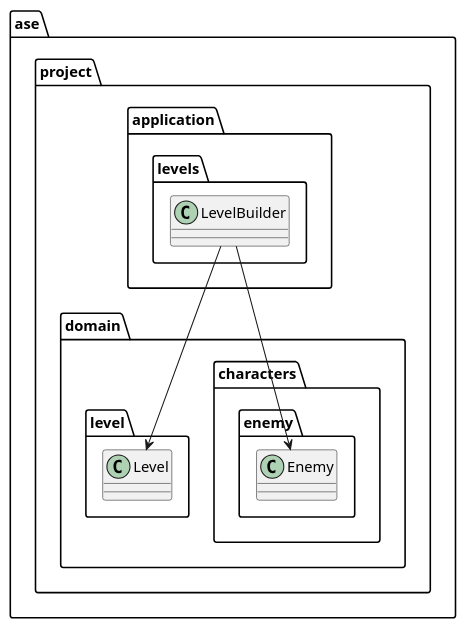
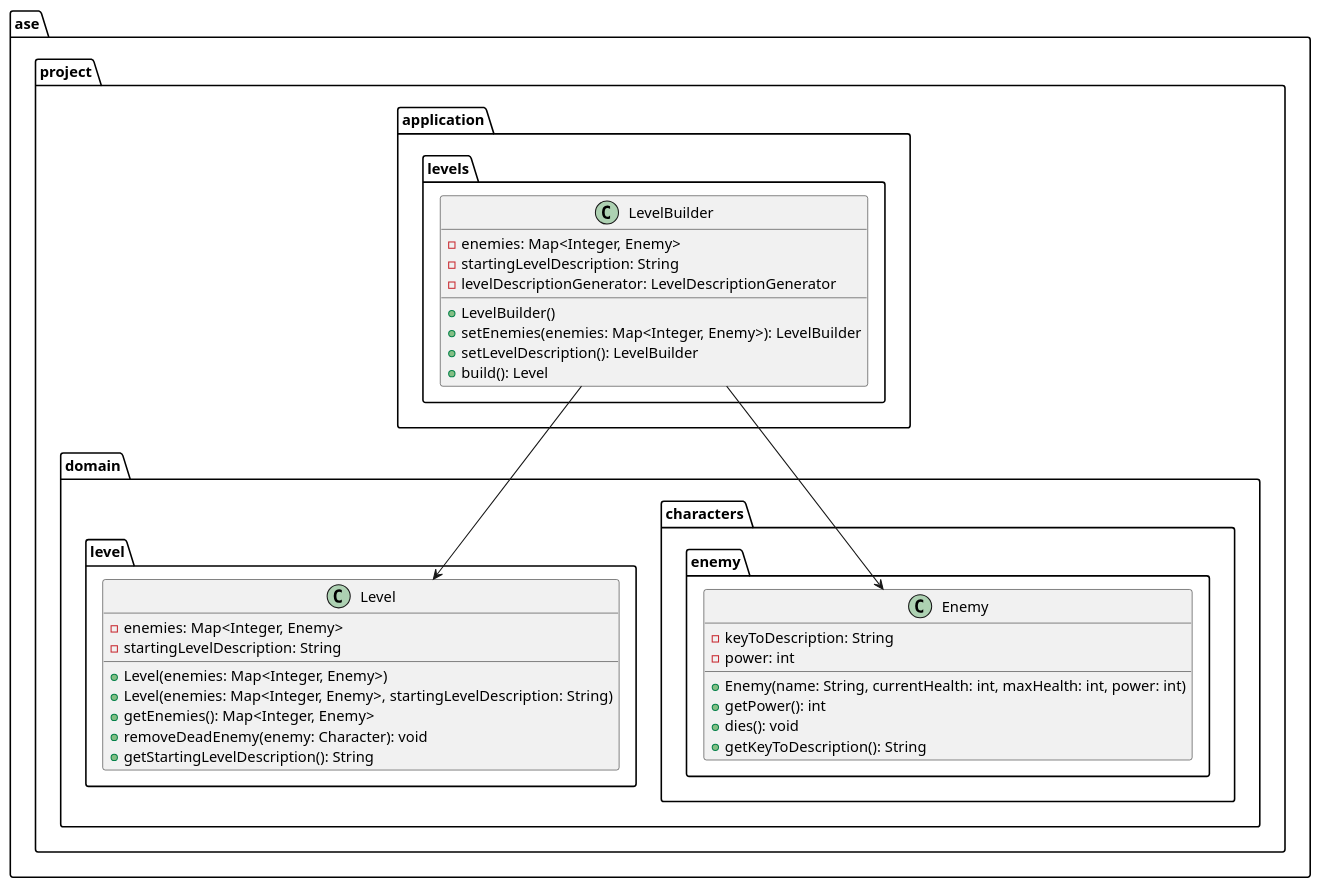
One commit to MonikaG14/ase-textbased-rpg changed the diagram in _uml.diagrams/LevelBuilder.puml. Above: the diagram before and after it, drawn with PlantUML. The commit also changed 8 other files, not shown here.

Commit message:
add missing attribute, methods and constructors to the UML diagrams

```diff
--- a/_uml.diagrams/LevelBuilder.puml
+++ b/_uml.diagrams/LevelBuilder.puml
@@ -1,18 +1,44 @@
 @startuml
 
 package ase.project.application.levels {
-    class LevelBuilder
+    class LevelBuilder {
+      - enemies: Map<Integer, Enemy>
+      - startingLevelDescription: String
+      - levelDescriptionGenerator: LevelDescriptionGenerator
+
+      + LevelBuilder()
+      + setEnemies(enemies: Map<Integer, Enemy>): LevelBuilder
+      + setLevelDescription(): LevelBuilder
+      + build(): Level
+    }
 }
 
 package ase.project.domain.characters.enemy {
-    class Enemy
+    class Enemy {
+      - keyToDescription: String
+      - power: int
+
+      + Enemy(name: String, currentHealth: int, maxHealth: int, power: int)
+      + getPower(): int
+      + dies(): void
+      + getKeyToDescription(): String
+    }
 }
 
 package ase.project.domain.level {
-    class Level
+    class Level {
+      - enemies: Map<Integer, Enemy>
+      - startingLevelDescription: String
+
+      + Level(enemies: Map<Integer, Enemy>)
+      + Level(enemies: Map<Integer, Enemy>, startingLevelDescription: String)
+      + getEnemies(): Map<Integer, Enemy>
+      + removeDeadEnemy(enemy: Character): void
+      + getStartingLevelDescription(): String
+    }
 }
 
 LevelBuilder --> Enemy
 LevelBuilder --> Level
 
 @enduml
```
